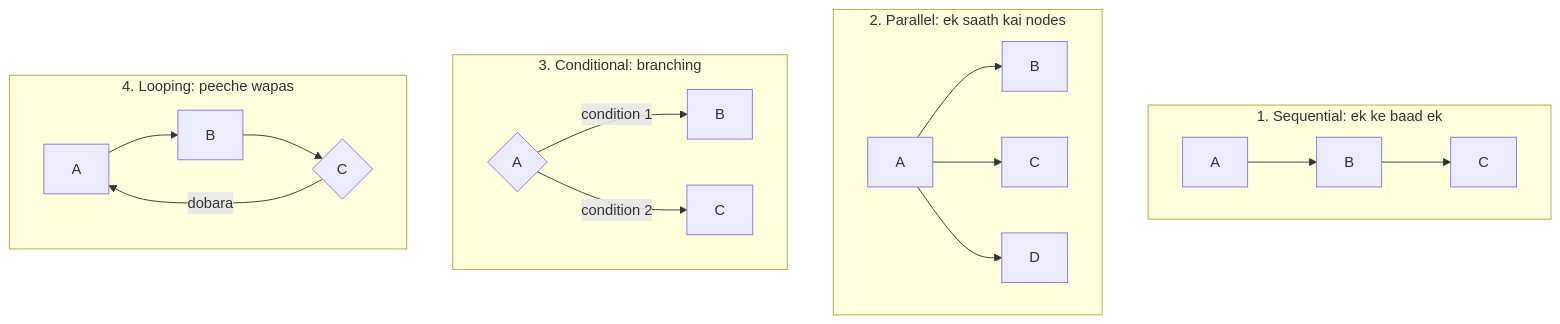
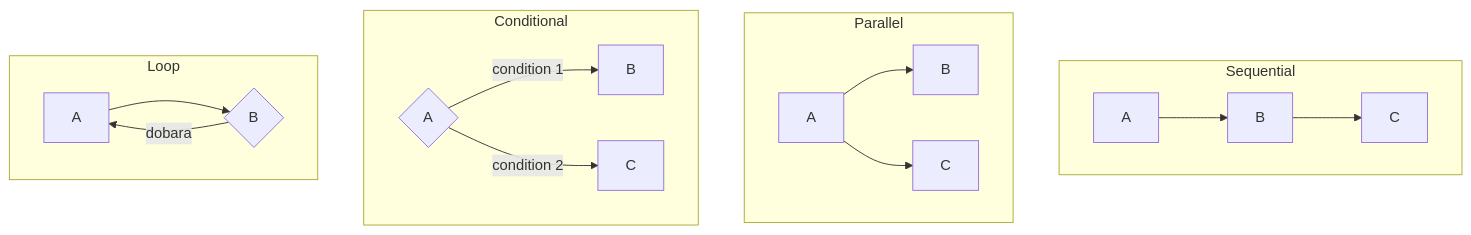
Before and after one commit to pallav2712/langGraph-campusx-notes: the ninth of 18 diagrams in V04-LangGraph core concepts/README.md, drawn with Mermaid. The commit also changed other lines of this file, not shown here.

Commit message:
v04 langGraph core concepts updated graphs and notes balanced

````diff
--- a/V04-LangGraph core concepts/README.md
+++ b/V04-LangGraph core concepts/README.md
@@ -293,23 +254,22 @@
 ```mermaid
 flowchart TD
-    subgraph SEQ["1. Sequential: ek ke baad ek"]
+    subgraph A["Sequential"]
         direction LR
-        s1[A] --> s2[B] --> s3[C]
+        a1[A] --> a2[B] --> a3[C]
     end
-    subgraph PAR["2. Parallel: ek saath kai nodes"]
+    subgraph B["Parallel"]
         direction LR
-        p0[A] --> p1[B]
-        p0 --> p2[C]
-        p0 --> p3[D]
+        b0[A] --> b1[B]
+        b0 --> b2[C]
     end
-    subgraph COND["3. Conditional: branching"]
+    subgraph C["Conditional"]
         direction LR
         c0{A} -- "condition 1" --> c1[B]
         c0 -- "condition 2" --> c2[C]
     end
-    subgraph LOOP["4. Looping: peeche wapas"]
+    subgraph D["Loop"]
         direction LR
-        l1[A] --> l2[B] --> l3{C}
-        l3 -- "dobara" --> l1
+        d1[A] --> d2{B}
+        d2 -- "dobara" --> d1
     end
 ```
````
